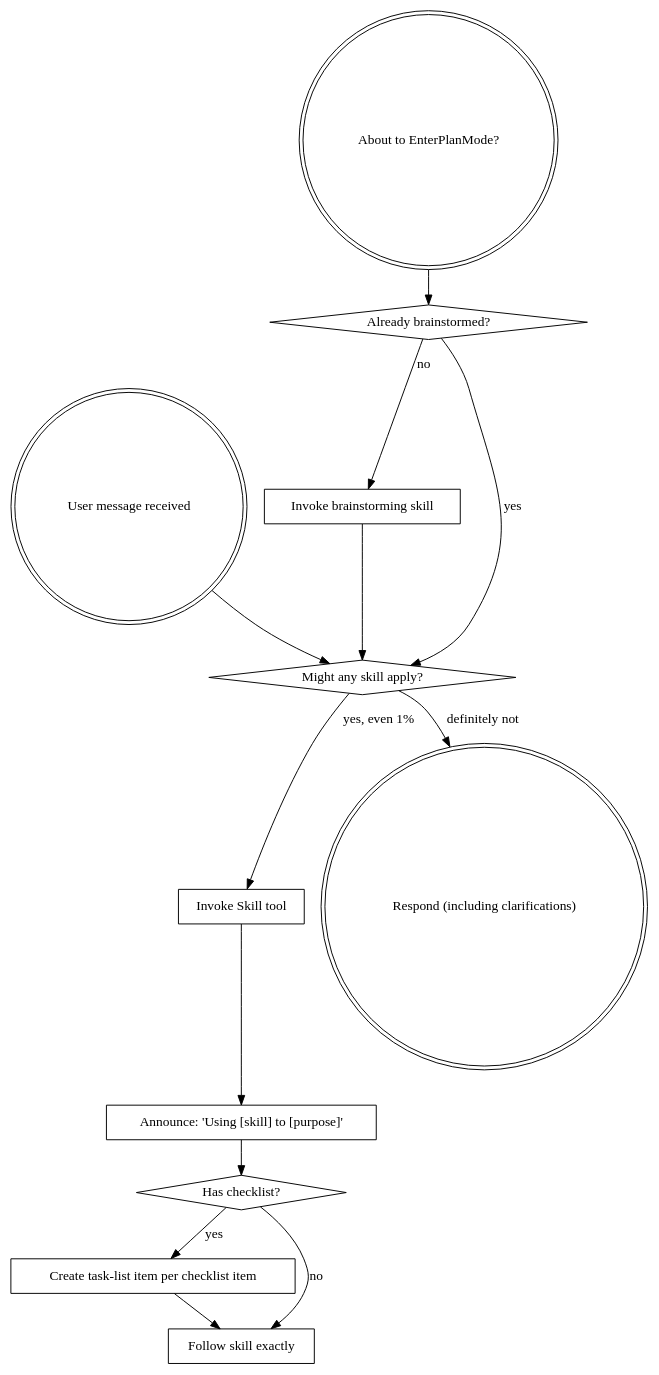
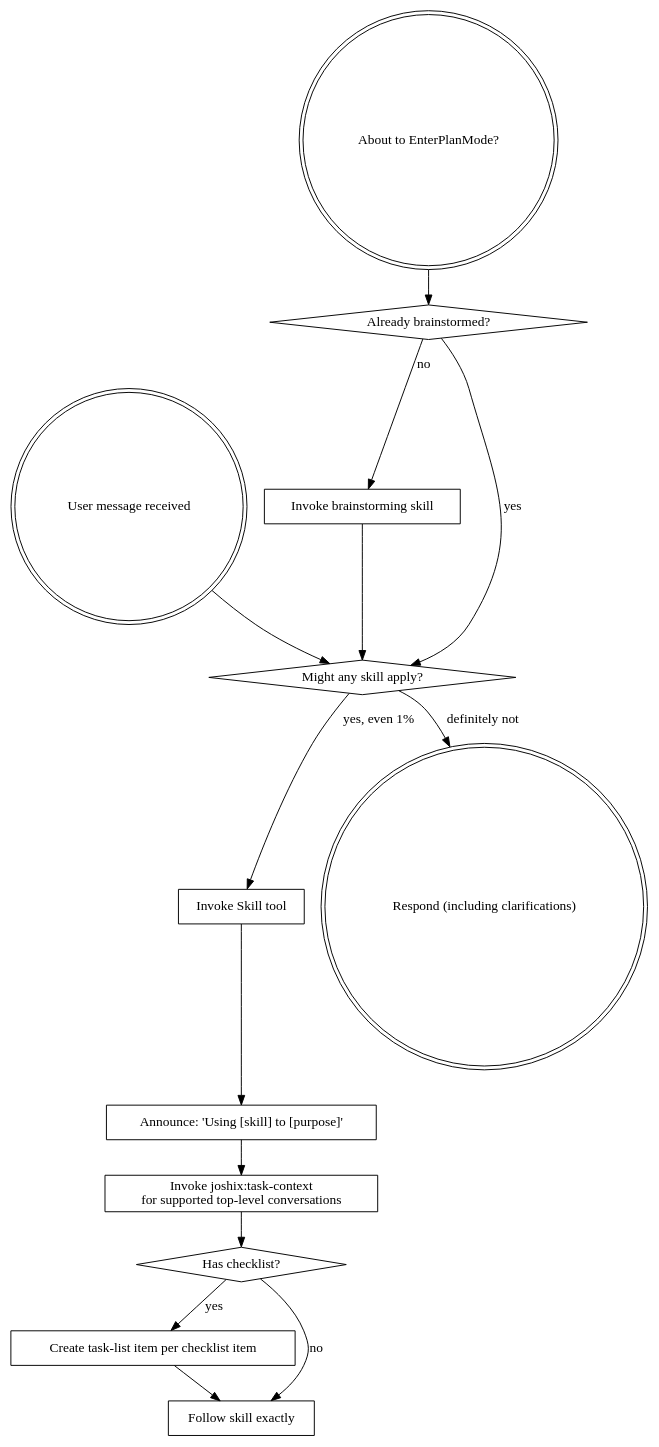
The diagram in skills/using-joshix/SKILL.md (jjanyan/joshix), drawn with Graphviz before and after one commit. The commit also changed other lines of this file and 32 other files, not shown here.

First line of the commit message:
feat(workflows): add shared task context and progress DAGs

````diff
--- a/skills/using-joshix/SKILL.md
+++ b/skills/using-joshix/SKILL.md
@@ -64,29 +73,31 @@
 ```dot
 digraph skill_flow {
     "User message received" [shape=doublecircle];
     "About to EnterPlanMode?" [shape=doublecircle];
     "Already brainstormed?" [shape=diamond];
     "Invoke brainstorming skill" [shape=box];
     "Might any skill apply?" [shape=diamond];
     "Invoke Skill tool" [shape=box];
     "Announce: 'Using [skill] to [purpose]'" [shape=box];
+    "Invoke joshix:task-context\nfor supported top-level conversations" [shape=box];
     "Has checklist?" [shape=diamond];
     "Create task-list item per checklist item" [shape=box];
     "Follow skill exactly" [shape=box];
     "Respond (including clarifications)" [shape=doublecircle];
 
     "About to EnterPlanMode?" -> "Already brainstormed?";
     "Already brainstormed?" -> "Invoke brainstorming skill" [label="no"];
     "Already brainstormed?" -> "Might any skill apply?" [label="yes"];
     "Invoke brainstorming skill" -> "Might any skill apply?";
 
     "User message received" -> "Might any skill apply?";
     "Might any skill apply?" -> "Invoke Skill tool" [label="yes, even 1%"];
     "Might any skill apply?" -> "Respond (including clarifications)" [label="definitely not"];
     "Invoke Skill tool" -> "Announce: 'Using [skill] to [purpose]'";
-    "Announce: 'Using [skill] to [purpose]'" -> "Has checklist?";
+    "Announce: 'Using [skill] to [purpose]'" -> "Invoke joshix:task-context\nfor supported top-level conversations";
+    "Invoke joshix:task-context\nfor supported top-level conversations" -> "Has checklist?";
     "Has checklist?" -> "Create task-list item per checklist item" [label="yes"];
     "Has checklist?" -> "Follow skill exactly" [label="no"];
     "Create task-list item per checklist item" -> "Follow skill exactly";
 }
 ```
````
